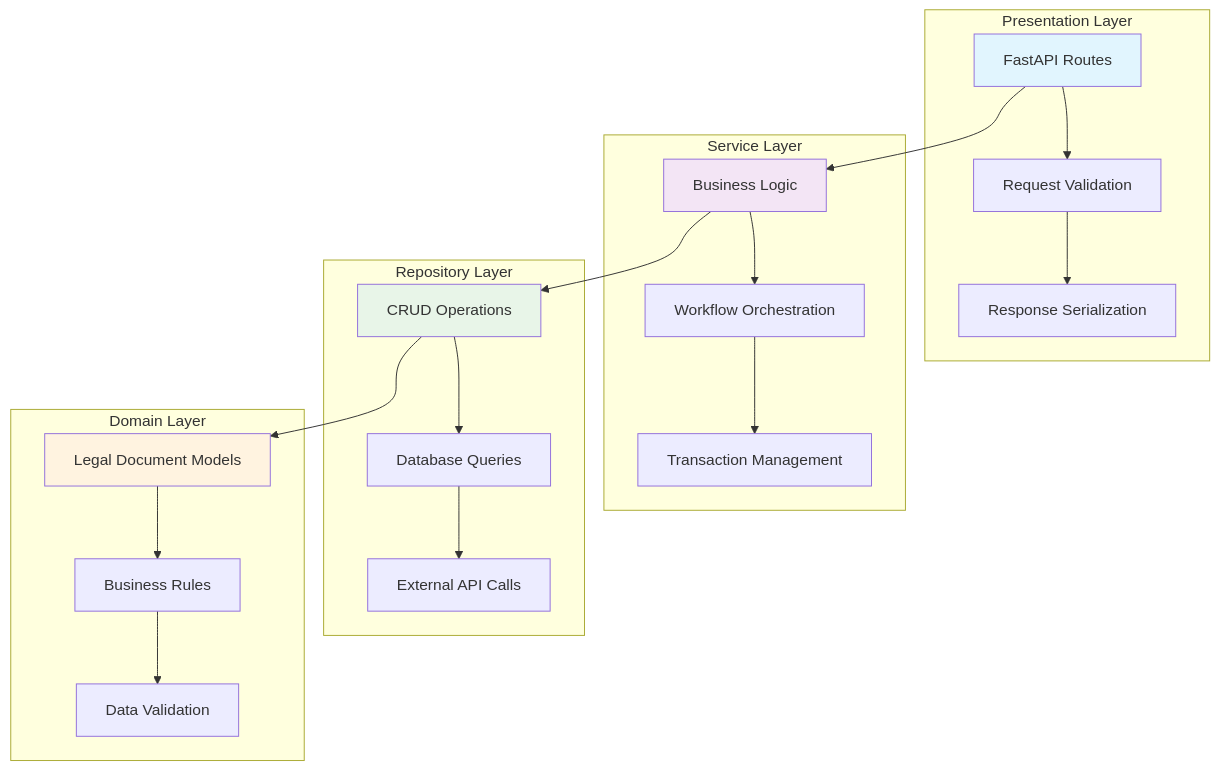
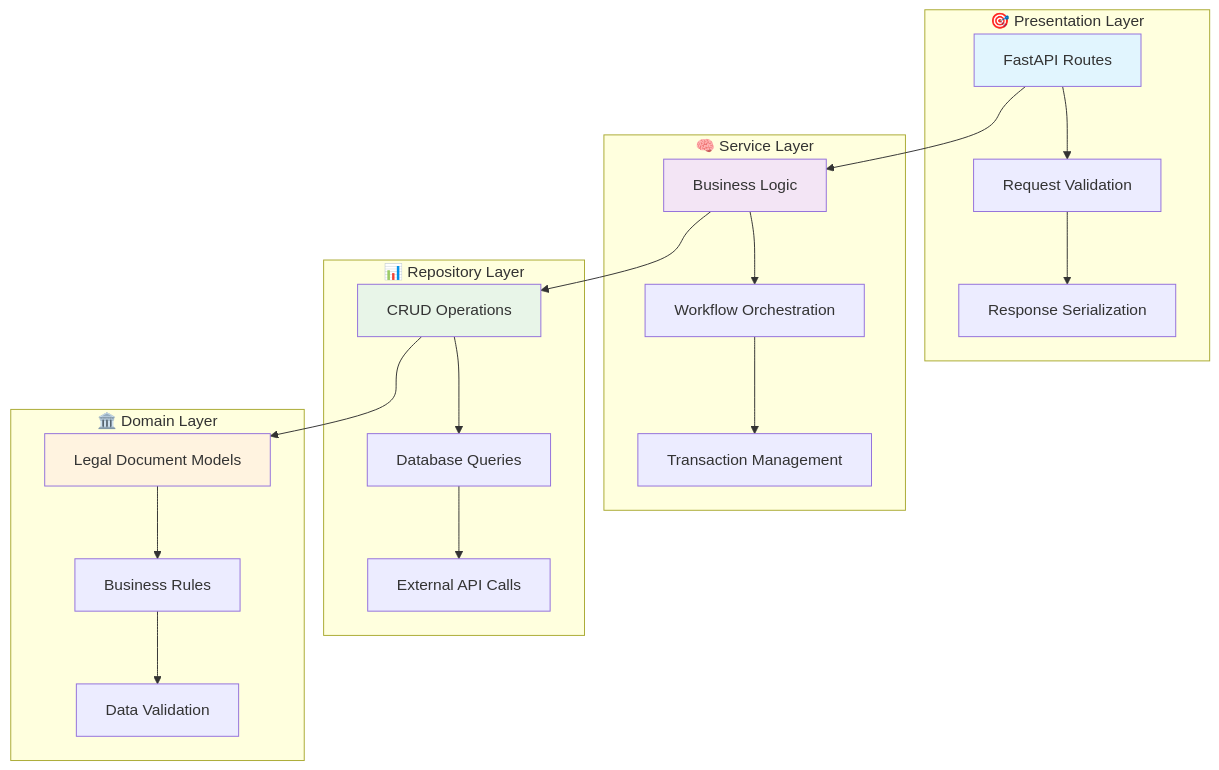
One commit to CourtSight/courtsight-backend changed the first of 2 diagrams in README.md. Above: the diagram before and after it, drawn with Mermaid. The commit also changed other lines of this file, not shown here.

Commit message:
docs(readme): enhance system architecture section with detailed diagrams and component descriptions

````diff
--- a/README.md
+++ b/README.md
@@ -79,31 +80,31 @@
 ```mermaid
 graph TB
-    subgraph "Presentation Layer"
+    subgraph "🎯 Presentation Layer"
         A[FastAPI Routes] --> B[Request Validation]
         B --> C[Response Serialization]
     end
     
-    subgraph "Service Layer"
+    subgraph "🧠 Service Layer"
         D[Business Logic] --> E[Workflow Orchestration]
         E --> F[Transaction Management]
     end
     
-    subgraph "Repository Layer"
+    subgraph "📊 Repository Layer"
         G[CRUD Operations] --> H[Database Queries]
         H --> I[External API Calls]
     end
     
-    subgraph "Domain Layer"
+    subgraph "🏛️ Domain Layer"
         J[Legal Document Models] --> K[Business Rules]
         K --> L[Data Validation]
     end
     
     A --> D
     D --> G
     G --> J
     
     style A fill:#e1f5fe
     style D fill:#f3e5f5
     style G fill:#e8f5e8
     style J fill:#fff3e0
 ```
````
